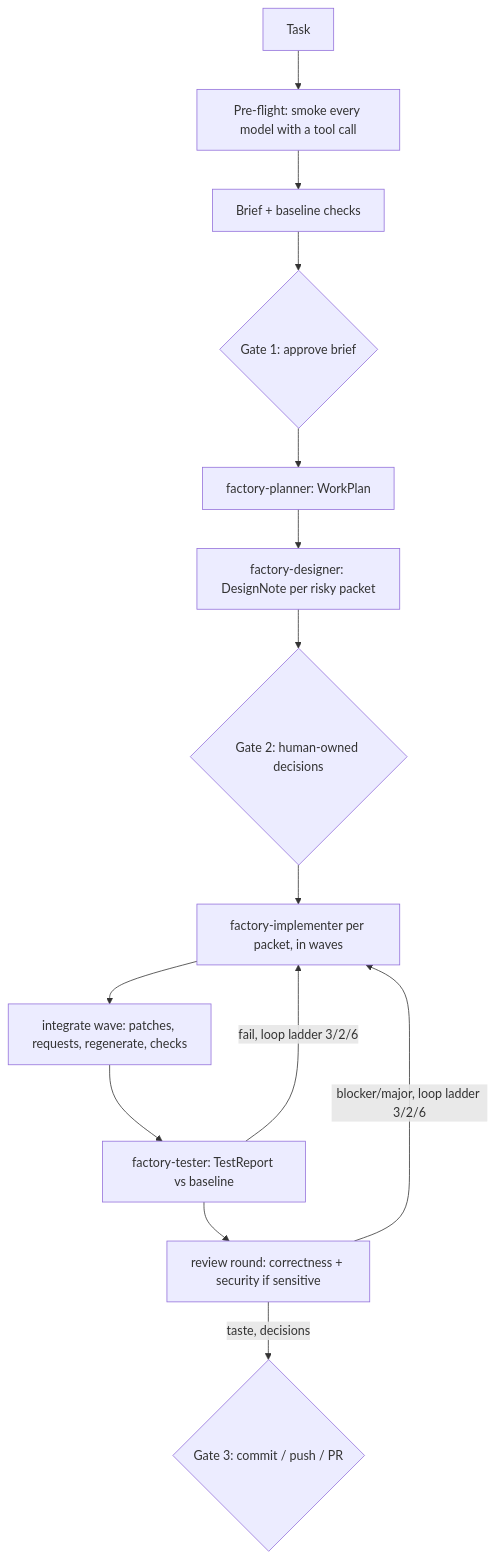
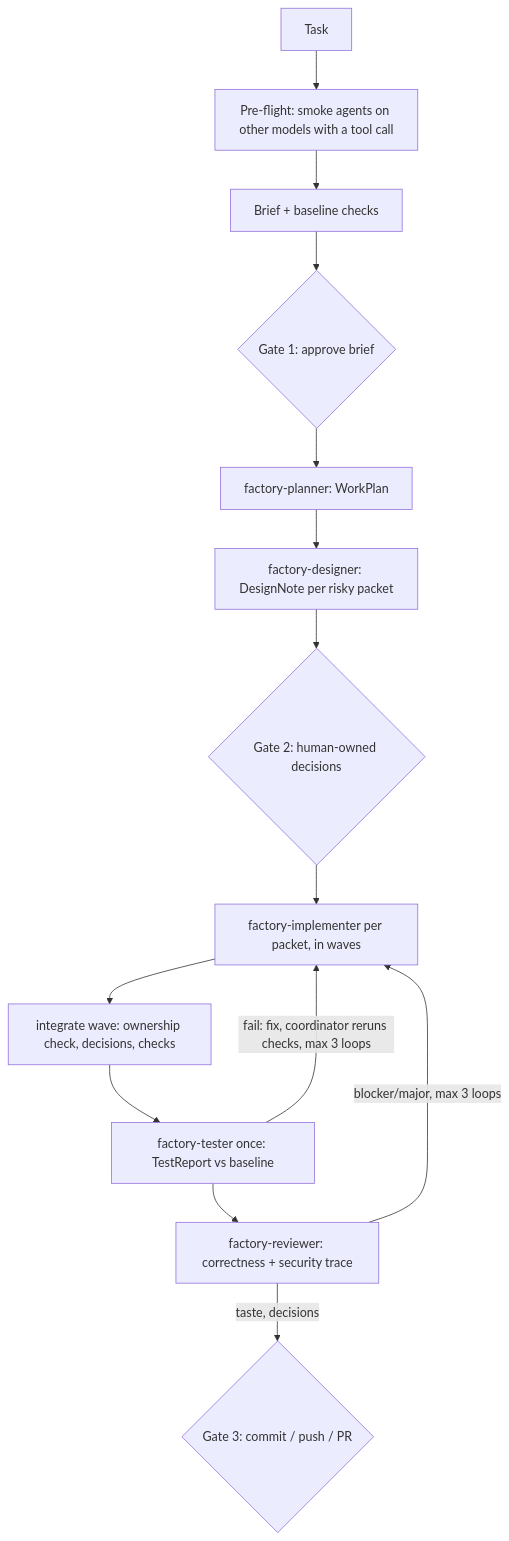
One commit to earaya/omp-factory changed the diagram in README.md. Above: the diagram before and after it, drawn with Mermaid. The commit also changed other lines of this file and 11 other files, not shown here.

First line of the commit message:
refactor(factory): one reviewer, tester once, eval spawns, script-derived state

````diff
--- a/README.md
+++ b/README.md
@@ -5,14 +5,14 @@
 ```mermaid
 flowchart TD
-  U[Task] --> M[Pre-flight: smoke every model with a tool call] --> B[Brief + baseline checks] --> G1{Gate 1: approve brief}
+  U[Task] --> M[Pre-flight: smoke agents on other models with a tool call] --> B[Brief + baseline checks] --> G1{Gate 1: approve brief}
   G1 --> P[factory-planner: WorkPlan]
   P --> D[factory-designer: DesignNote per risky packet]
   D --> G2{Gate 2: human-owned decisions}
   G2 --> I[factory-implementer per packet, in waves]
-  I --> W[integrate wave: patches, requests, regenerate, checks]
-  W --> T[factory-tester: TestReport vs baseline]
-  T -->|fail, loop ladder 3/2/6| I
-  T --> R[review round: correctness + security if sensitive]
-  R -->|blocker/major, loop ladder 3/2/6| I
+  I --> W[integrate wave: ownership check, decisions, checks]
+  W --> T[factory-tester once: TestReport vs baseline]
+  T -->|fail: fix, coordinator reruns checks, max 3 loops| I
+  T --> R[factory-reviewer: correctness + security trace]
+  R -->|blocker/major, max 3 loops| I
   R -->|taste, decisions| G3{Gate 3: commit / push / PR}
 ```
````
